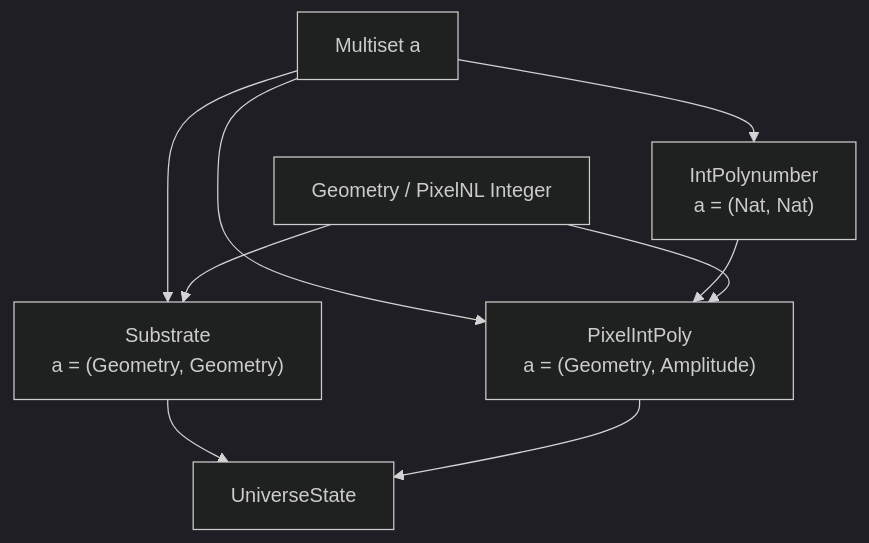
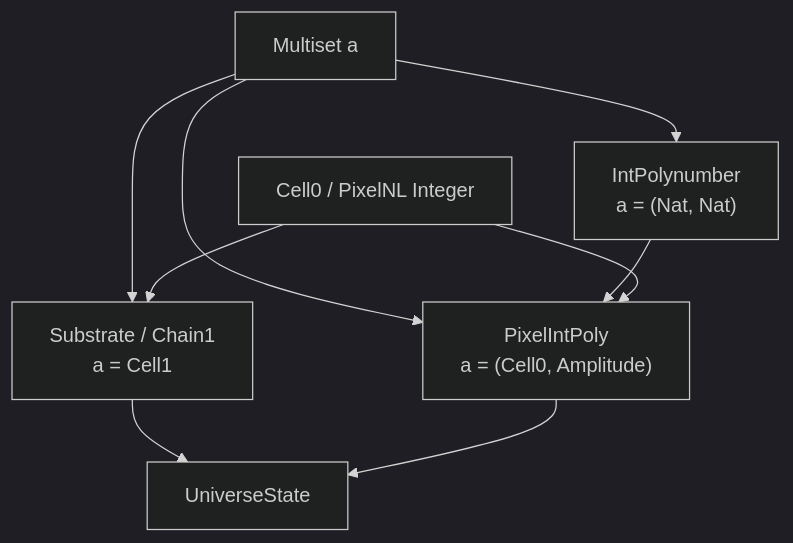
The diagram in Library/Wiki/Maths/Types.md (justinkelly-ie/Finite-Science), drawn with Mermaid (dark theme) before and after one commit. The commit also changed other lines of this file and 64 other files, not shown here.

````diff
--- a/Library/Wiki/Maths/Types.md
+++ b/Library/Wiki/Maths/Types.md
@@ -147,13 +156,13 @@
 ```mermaid
 graph TD
     A[Multiset a] --> B["IntPolynumber<br/>a = (Nat, Nat)"]
-    A --> C["Substrate<br/>a = (Geometry, Geometry)"]
-    A --> D["PixelIntPoly<br/>a = (Geometry, Amplitude)"]
+    A --> C["Substrate / Chain1<br/>a = Cell1"]
+    A --> D["PixelIntPoly<br/>a = (Cell0, Amplitude)"]
     
     B --> D
     C --> E[UniverseState]
     D --> E
     
-    F[Geometry / PixelNL Integer] --> C
+    F[Cell0 / PixelNL Integer] --> C
     F --> D
 ```
````
